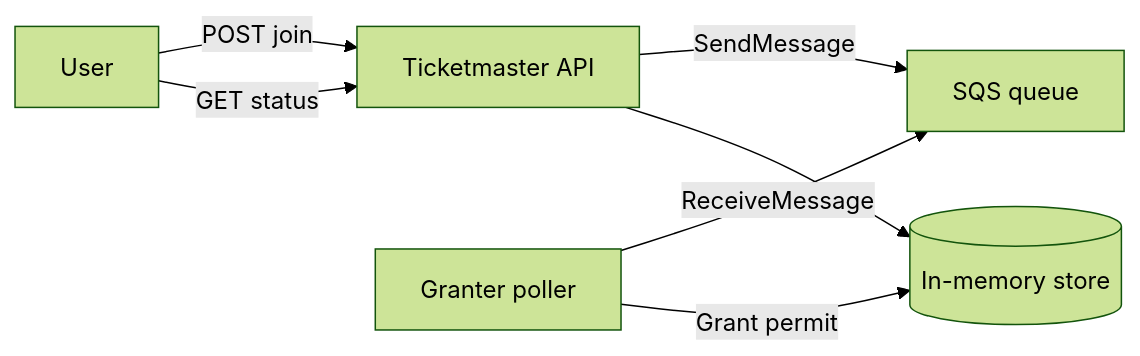
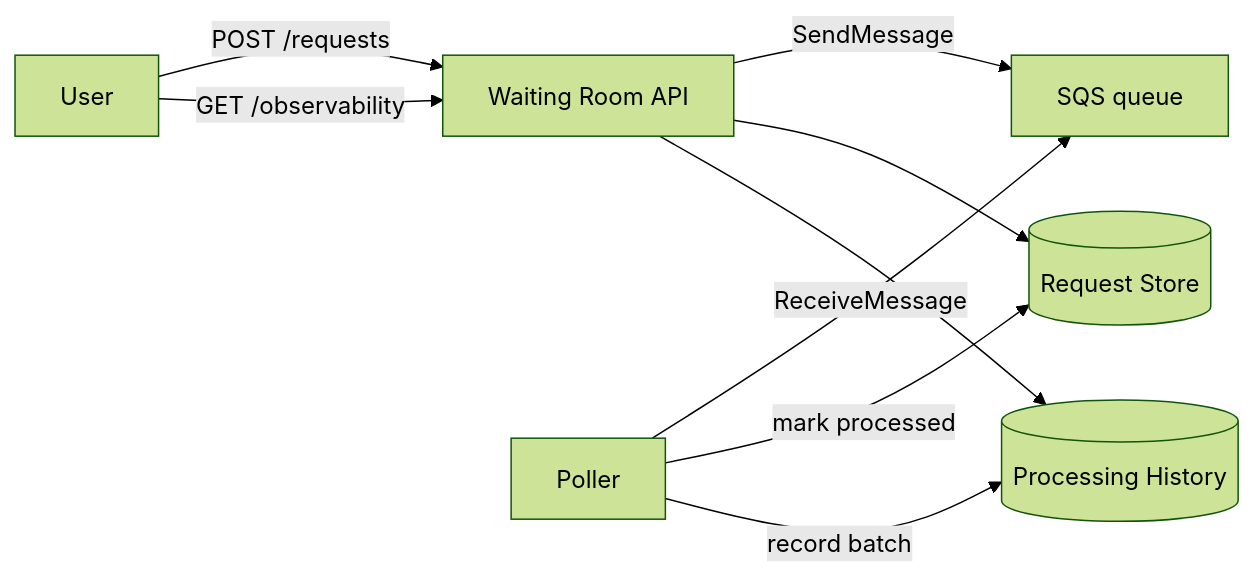
The first of 2 diagrams in ticketmaster/tech-waiting-room/sqs/README.md (ShalomDeitch1/examples), drawn with Mermaid (forest theme) before and after one commit. The commit also changed other lines of this file and 5 other files, not shown here.

````diff
--- a/ticketmaster/tech-waiting-room/sqs/README.md
+++ b/ticketmaster/tech-waiting-room/sqs/README.md
@@ -24,9 +23,11 @@
 ```mermaid
 flowchart LR
-  U[User] -->|POST join| TM[Ticketmaster API]
+  U[User] -->|POST /requests| TM[Waiting Room API]
   TM -->|SendMessage| Q[SQS queue]
-  W[Granter poller] -->|ReceiveMessage| Q
-  W -->|Grant permit| S[(In-memory store)]
-  U -->|GET status| TM
+  W[Poller] -->|ReceiveMessage| Q
+  W -->|mark processed| S[(Request Store)]
+  W -->|record batch| H[(Processing History)]
+  U -->|GET /observability| TM
   TM --> S
+  TM --> H
 ```
````
